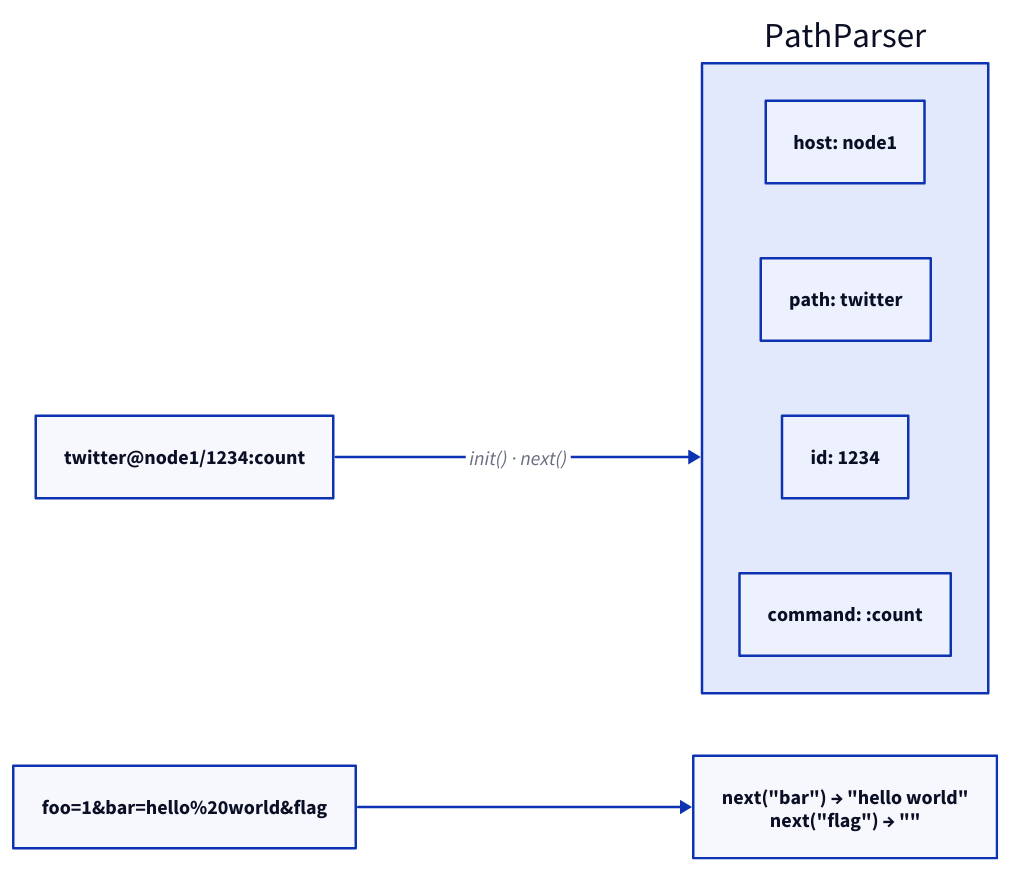
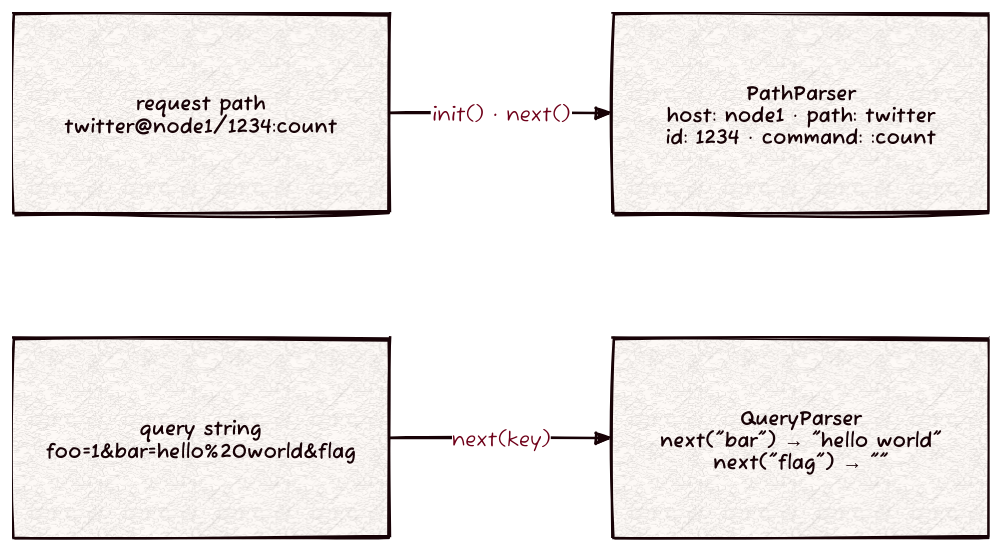
The diagram in docs/url-parser.d2 (Kronuz/url-parser), drawn with D2 before and after one commit. The commit also changed 1 other file, not shown here.

Commit message:
Redraw the README diagram at document proportions
The query parser lost its title and the layout left most of the canvas
empty at 1184x626. Two rows, path and query, at about 830x480 show the
same parts with readable labels.

[skip ci]

```diff
--- a/docs/url-parser.d2
+++ b/docs/url-parser.d2
@@ -1,25 +1,31 @@
 # url-parser: a request path split into its parts, and query keys read on demand.
 # Render: d2 --layout elk --sketch --theme 302 docs/url-parser.d2 docs/url-parser.svg
-direction: right
+vars: { d2-config: { layout-engine: elk; theme-id: 302; sketch: true; pad: 24 } }
+grid-rows: 2
+grid-columns: 2
+horizontal-gap: 180
+vertical-gap: 100
 
 path: path {
-  label: "twitter@node1/1234:count"
+  width: 300
+  height: 160
+  label: "request path\ntwitter@node1/1234:count"
 }
-
 parts: PathParser {
-  hst: "host: node1"
-  pth: "path: twitter"
-  id: "id: 1234"
-  cmd: "command: :count"
+  width: 300
+  height: 160
+  label: "PathParser\nhost: node1 · path: twitter\nid: 1234 · command: :count"
 }
-
 query: query {
-  label: "foo=1&bar=hello%20world&flag"
+  width: 300
+  height: 160
+  label: "query string\nfoo=1&bar=hello%20world&flag"
 }
-
 qp: QueryParser {
-  label: "next(\"bar\") → \"hello world\"\nnext(\"flag\") → \"\""
+  width: 300
+  height: 160
+  label: "QueryParser\nnext(\"bar\") → \"hello world\"\nnext(\"flag\") → \"\""
 }
 
 path -> parts: "init() · next()"
-query -> qp
+query -> qp: "next(key)"
```
